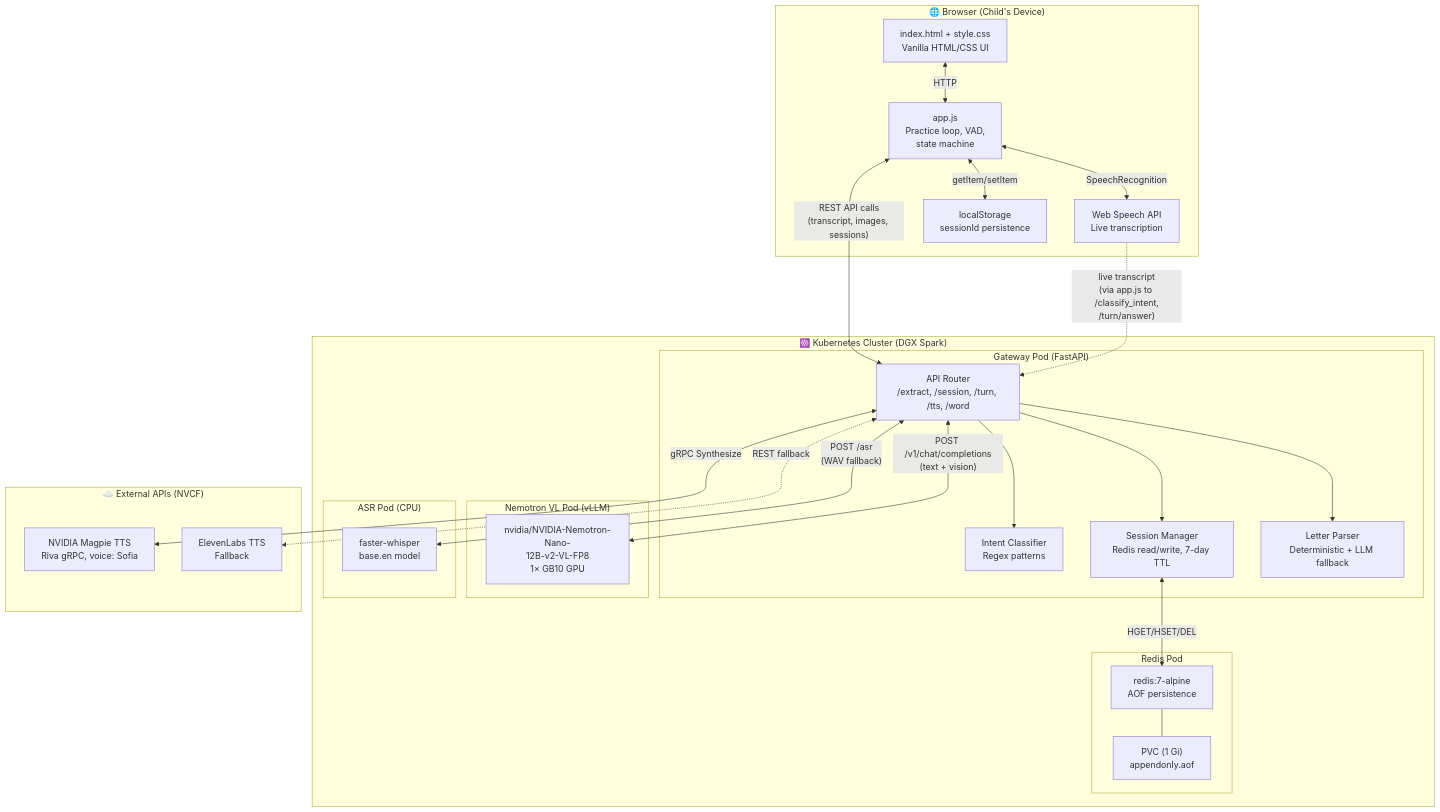
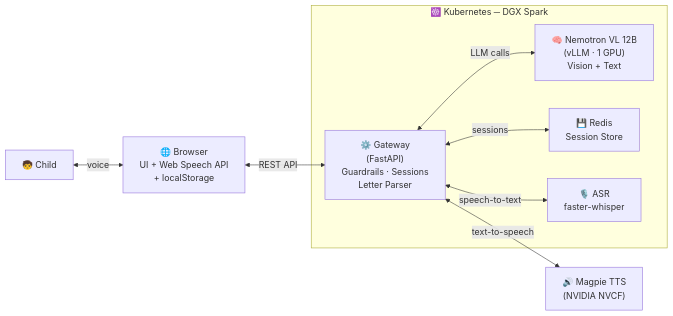
Before and after one commit to elizabetht/spellingbee-mvp: the first of 7 diagrams in README.md, drawn with Mermaid. The commit also changed other lines of this file, not shown here.

````diff
--- a/README.md
+++ b/README.md
@@ -45,53 +45,21 @@
 ```mermaid
-graph TB
-    subgraph Browser["🌐 Browser (Child's Device)"]
-        HTML["index.html + style.css<br/>Vanilla HTML/CSS UI"]
-        JS["app.js<br/>Practice loop, VAD,<br/>state machine"]
-        WSA["Web Speech API<br/>Live transcription"]
-        LS["localStorage<br/>sessionId persistence"]
+graph LR
+    Child["🧒 Child"]
+    Browser["🌐 Browser<br/>UI + Web Speech API<br/>+ localStorage"]
+
+    subgraph K8s["☸️ Kubernetes ─ DGX Spark"]
+        Gateway["⚙️ Gateway<br/>(FastAPI)<br/>Guardrails · Sessions<br/>Letter Parser"]
+        VL["🧠 Nemotron VL 12B<br/>(vLLM · 1 GPU)<br/>Vision + Text"]
+        Redis["💾 Redis<br/>Session Store"]
+        ASR["🎙️ ASR<br/>faster-whisper"]
     end
 
-    subgraph K8s["☸️ Kubernetes Cluster (DGX Spark)"]
-        subgraph GW["Gateway Pod (FastAPI)"]
-            Intent["Intent Classifier<br/>Regex patterns"]
-            Session["Session Manager<br/>Redis read/write, 7-day TTL"]
-            Parser["Letter Parser<br/>Deterministic + LLM fallback"]
-            Router["API Router<br/>/extract, /session, /turn, /tts, /word"]
-        end
-        
-        subgraph VL["Nemotron VL Pod (vLLM)"]
-            Model["nvidia/NVIDIA-Nemotron-Nano-<br/>12B-v2-VL-FP8<br/>1× GB10 GPU"]
-        end
-        
-        subgraph RD["Redis Pod"]
-            RedisDB["redis:7-alpine<br/>AOF persistence"]
-            PVC["PVC (1 Gi)<br/>appendonly.aof"]
-        end
+    TTS["🔊 Magpie TTS<br/>(NVIDIA NVCF)"]
 
-        subgraph ASR["ASR Pod (CPU)"]
-            Whisper["faster-whisper<br/>base.en model"]
-        end
-    end
-
-    subgraph External["☁️ External APIs (NVCF)"]
-        Magpie["NVIDIA Magpie TTS<br/>Riva gRPC, voice: Sofia"]
-        Eleven["ElevenLabs TTS<br/>Fallback"]
-    end
-
-    HTML <-->|HTTP| JS
-    JS <-->|SpeechRecognition| WSA
-    JS <-->|getItem/setItem| LS
-    JS <-->|"REST API calls<br/>(transcript, images, sessions)"| Router
-    WSA -.->|"live transcript<br/>(via app.js to /classify_intent,<br/>/turn/answer)"| Router
-
-    Router --> Intent
-    Router --> Session
-    Router --> Parser
-    
-    Router <-->|"POST /v1/chat/completions<br/>(text + vision)"| Model
-    Session <-->|HGET/HSET/DEL| RedisDB
-    RedisDB --- PVC
-    Router <-->|"POST /asr<br/>(WAV fallback)"| Whisper
-    Router <-->|"gRPC Synthesize"| Magpie
-    Router <-.->|"REST fallback"| Eleven
+    Child <-->|voice| Browser
+    Browser <-->|REST API| Gateway
+    Gateway <-->|LLM calls| VL
+    Gateway <-->|sessions| Redis
+    Gateway <-->|speech-to-text| ASR
+    Gateway <-->|text-to-speech| TTS
 ```
````
